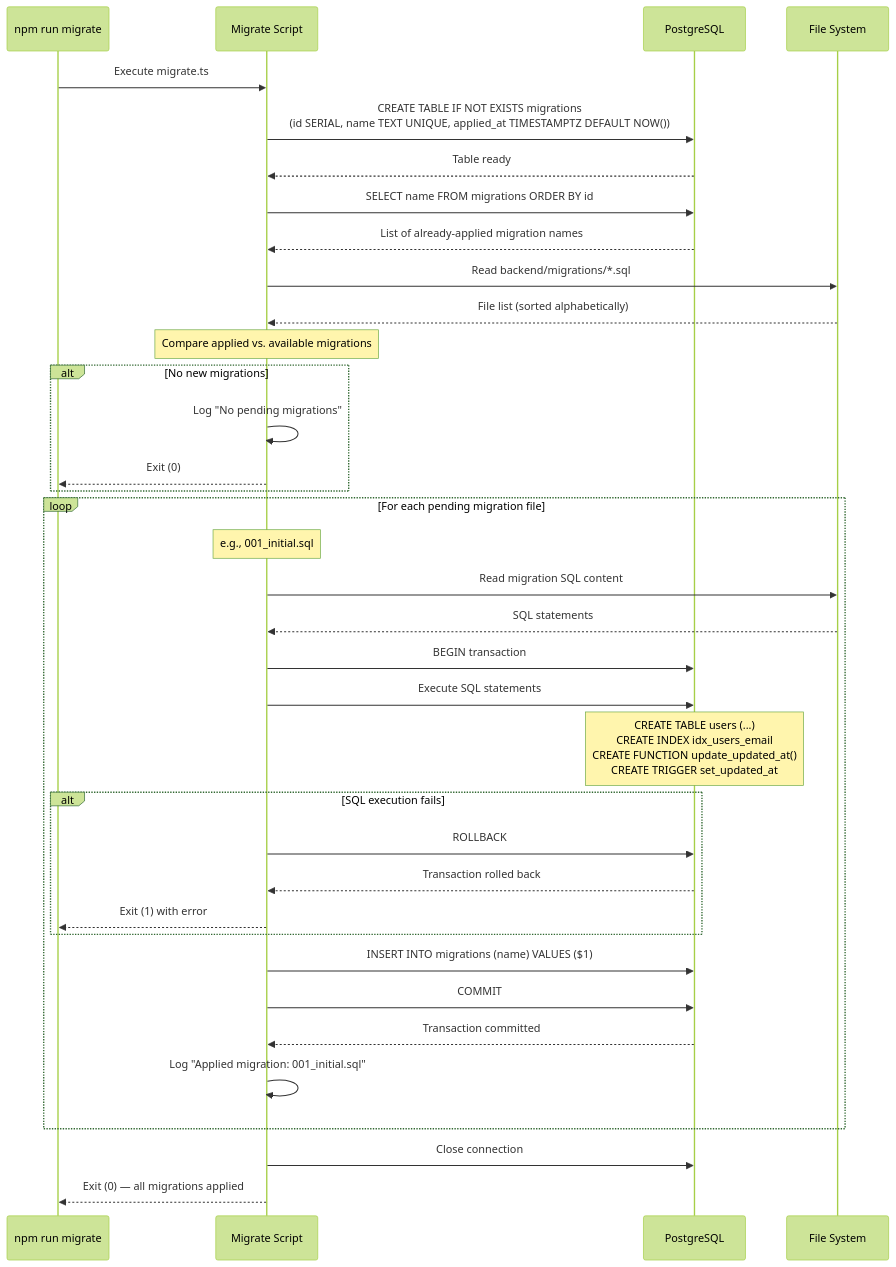
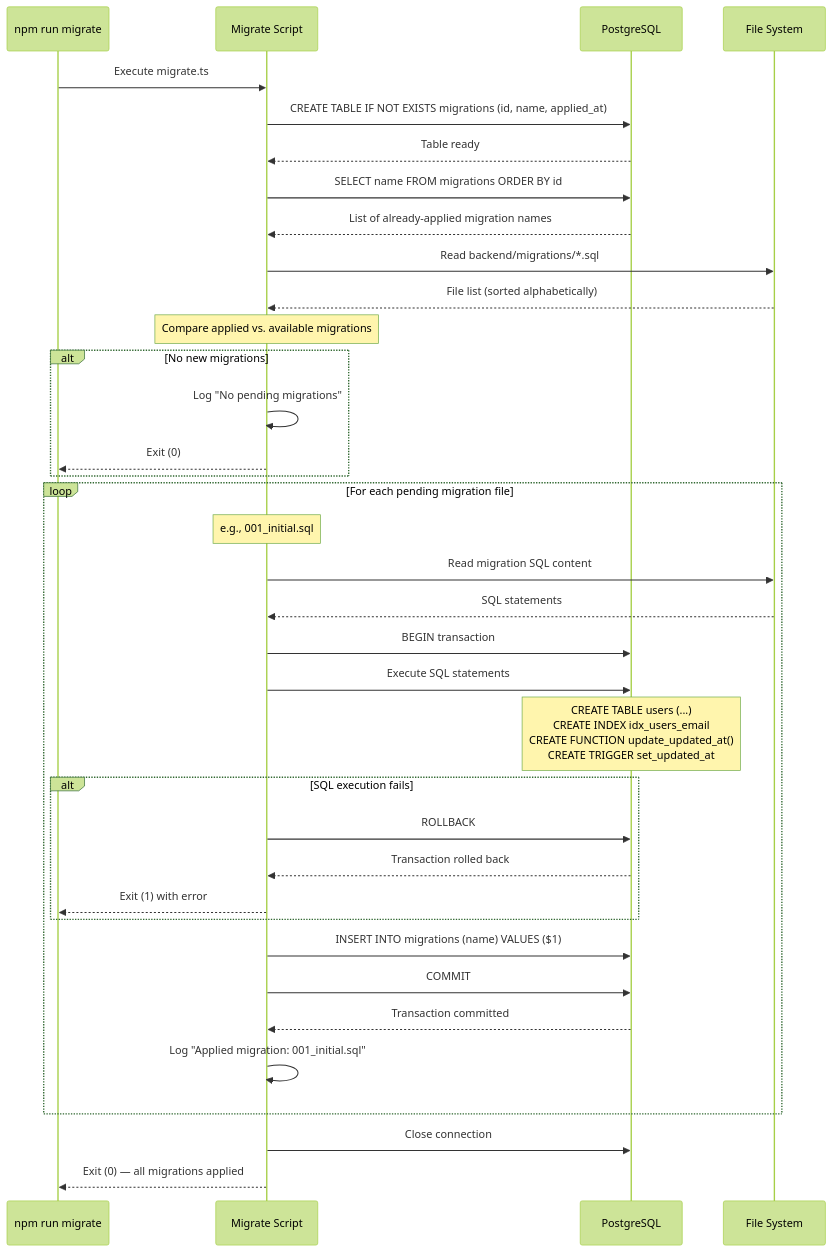
Before and after one commit to coakenfold/p-100226: the diagram in documentation/diagrams/seq-database-migration.md, drawn with Mermaid (forest theme). The commit also changed 3 other files, not shown here.

Commit message:
feat: sequence diagrams refactor/fix

````diff
--- a/documentation/diagrams/seq-database-migration.md
+++ b/documentation/diagrams/seq-database-migration.md
@@ -6,52 +6,52 @@
 ```mermaid
 sequenceDiagram
     participant CLI as npm run migrate
     participant M as Migrate Script
     participant DB as PostgreSQL
     participant FS as File System
 
     CLI->>M: Execute migrate.ts
 
-    M->>DB: CREATE TABLE IF NOT EXISTS migrations<br/>(id SERIAL, name TEXT UNIQUE, applied_at TIMESTAMPTZ DEFAULT NOW())
+    M->>DB: CREATE TABLE IF NOT EXISTS migrations (id, name, applied_at)
     DB-->>M: Table ready
 
     M->>DB: SELECT name FROM migrations ORDER BY id
     DB-->>M: List of already-applied migration names
 
     M->>FS: Read backend/migrations/*.sql
     FS-->>M: File list (sorted alphabetically)
 
     Note over M: Compare applied vs. available migrations
 
     alt No new migrations
         M->>M: Log "No pending migrations"
         M-->>CLI: Exit (0)
     end
 
     loop For each pending migration file
         Note over M: e.g., 001_initial.sql
 
         M->>FS: Read migration SQL content
         FS-->>M: SQL statements
 
         M->>DB: BEGIN transaction
 
         M->>DB: Execute SQL statements
         Note over DB: CREATE TABLE users (...)<br/>CREATE INDEX idx_users_email<br/>CREATE FUNCTION update_updated_at()<br/>CREATE TRIGGER set_updated_at
 
         alt SQL execution fails
             M->>DB: ROLLBACK
             DB-->>M: Transaction rolled back
             M-->>CLI: Exit (1) with error
         end
 
         M->>DB: INSERT INTO migrations (name) VALUES ($1)
         M->>DB: COMMIT
         DB-->>M: Transaction committed
 
         M->>M: Log "Applied migration: 001_initial.sql"
     end
 
     M->>DB: Close connection
     M-->>CLI: Exit (0) — all migrations applied
 ```
````
